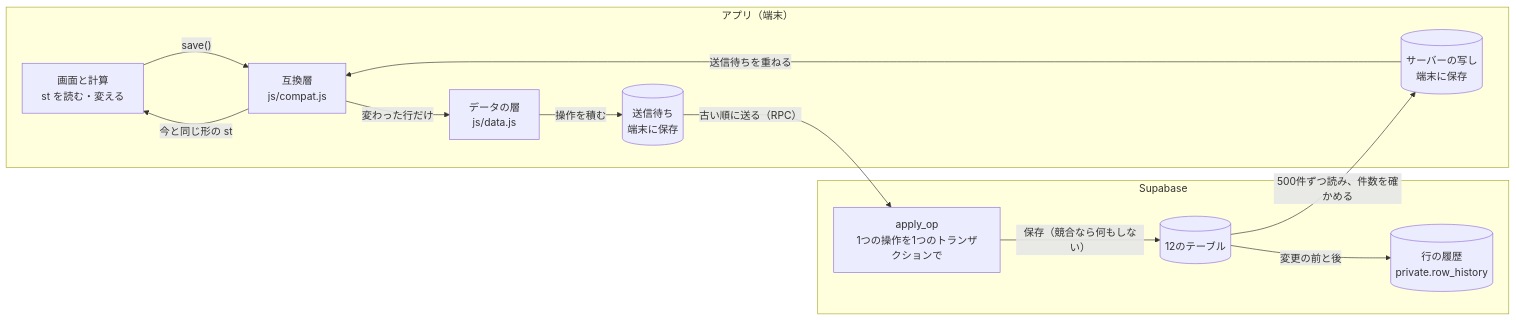
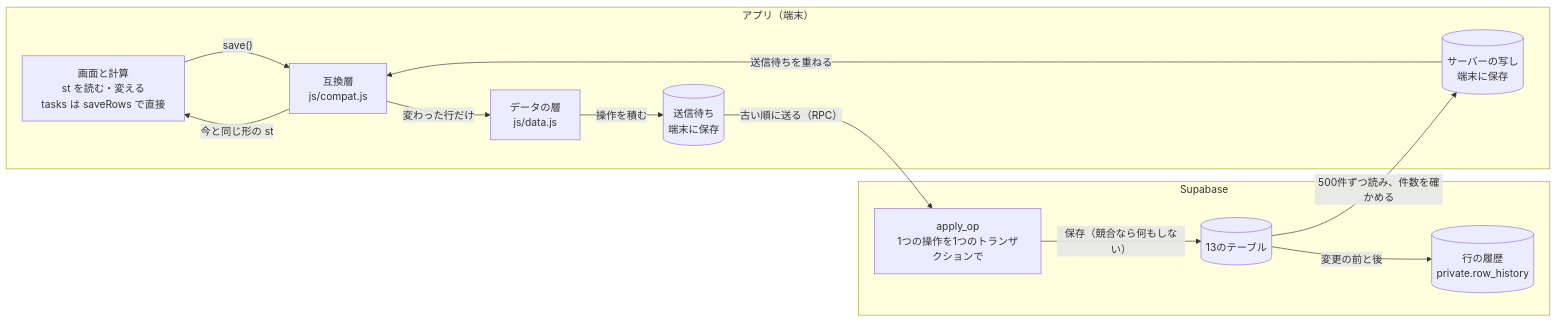
The second of 2 diagrams in docs/db/SCHEMA.md (Keitaro0510/maney-app), drawn with Mermaid before and after one commit. The commit also changed other lines of this file and 11 other files, not shown here.

````diff
--- a/docs/db/SCHEMA.md
+++ b/docs/db/SCHEMA.md
@@ -150,24 +159,24 @@
 ```mermaid
 flowchart LR
   subgraph app["アプリ（端末）"]
-    UI["画面と計算<br>st を読む・変える"]
+    UI["画面と計算<br>st を読む・変える<br>tasks は saveRows で直接"]
     C["互換層<br>js/compat.js"]
     D["データの層<br>js/data.js"]
     Q[("送信待ち<br>端末に保存")]
     S[("サーバーの写し<br>端末に保存")]
   end
   subgraph db["Supabase"]
     A["apply_op<br>1つの操作を1つのトランザクションで"]
-    T[("12のテーブル")]
+    T[("13のテーブル")]
     H[("行の履歴<br>private.row_history")]
   end
   UI -- "save()" --> C
   C -- "変わった行だけ" --> D
   D -- "操作を積む" --> Q
   Q -- "古い順に送る（RPC）" --> A
   A -- "保存（競合なら何もしない）" --> T
   T -- "変更の前と後" --> H
   T -- "500件ずつ読み、件数を確かめる" --> S
   S -- "送信待ちを重ねる" --> C
   C -- "今と同じ形の st" --> UI
 ```
````
